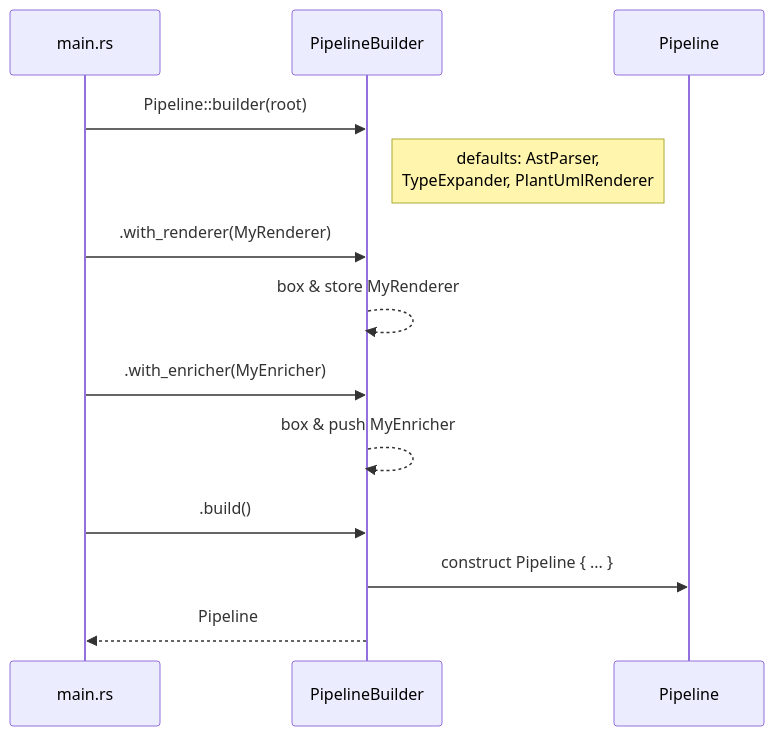
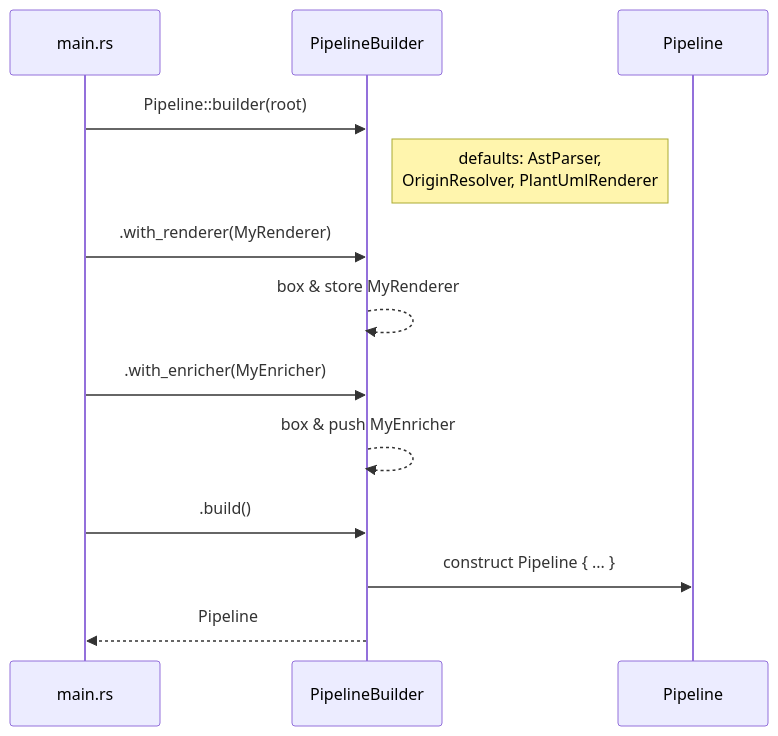
One commit to ch-r-k/archviz changed the second of 6 diagrams in docs/design-patterns.md. Above: the diagram before and after it, drawn with Mermaid. The commit also changed other lines of this file and 17 other files, not shown here.

Commit message:
try to improve architecture

````diff
--- a/docs/design-patterns.md
+++ b/docs/design-patterns.md
@@ -104,16 +104,16 @@
 ```mermaid
 sequenceDiagram
     participant Caller as main.rs
     participant Builder as PipelineBuilder
     participant Pipe as Pipeline
 
     Caller->>Builder: Pipeline::builder(root)
-    Note right of Builder: defaults: AstParser,<br/>TypeExpander, PlantUmlRenderer
+    Note right of Builder: defaults: AstParser,<br/>OriginResolver, PlantUmlRenderer
     Caller->>Builder: .with_renderer(MyRenderer)
     Builder-->>Builder: box & store MyRenderer
     Caller->>Builder: .with_enricher(MyEnricher)
     Builder-->>Builder: box & push MyEnricher
     Caller->>Builder: .build()
     Builder->>Pipe: construct Pipeline { ... }
     Builder-->>Caller: Pipeline
 ```
````
